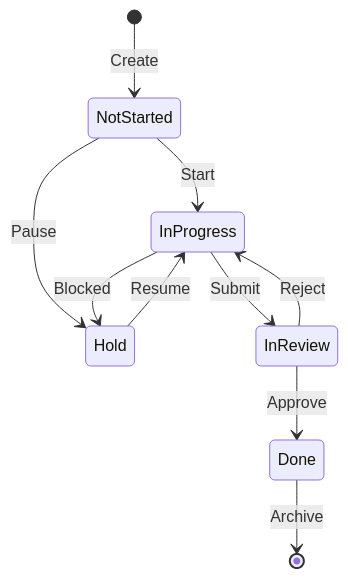
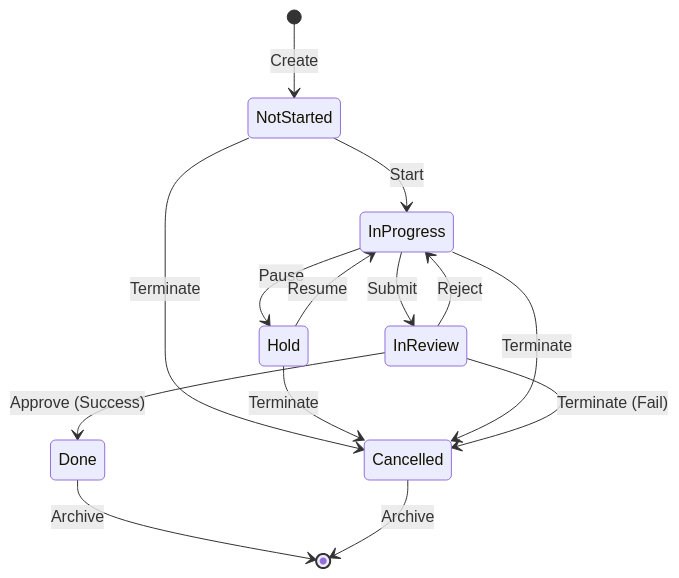
The diagram in docs/docs - PronaFlow React&FastAPI/01-Requirements/Functional-Modules/3 - Project Lifecycle Management.md (nmtrucworking/PronaFlow), drawn with Mermaid before and after one commit. The commit also changed other lines of this file and 1 other file, not shown here.

````diff
--- a/docs/docs - PronaFlow React&FastAPI/01-Requirements/Functional-Modules/3 - Project Lifecycle Management.md
+++ b/docs/docs - PronaFlow React&FastAPI/01-Requirements/Functional-Modules/3 - Project Lifecycle Management.md
@@ -140,12 +462,20 @@
 ```mermaid
 stateDiagram-v2
- [*] --> NotStarted: Create
- NotStarted --> InProgress: Start
- NotStarted --> Hold: Pause
- InProgress --> InReview: Submit
- InProgress --> Hold: Blocked
- InReview --> Done: Approve
- InReview --> InProgress: Reject
- Hold --> InProgress: Resume
- Done --> [*]: Archive
+    [*] --> NotStarted: Create
+    NotStarted --> InProgress: Start
+    NotStarted --> Cancelled: Terminate
+    
+    InProgress --> Hold: Pause
+    Hold --> InProgress: Resume
+    Hold --> Cancelled: Terminate
+    
+    InProgress --> InReview: Submit
+    InProgress --> Cancelled: Terminate
+    
+    InReview --> Done: Approve (Success)
+    InReview --> InProgress: Reject
+    InReview --> Cancelled: Terminate (Fail)
+    
+    Done --> [*]: Archive
+    Cancelled --> [*]: Archive
 ```
````
